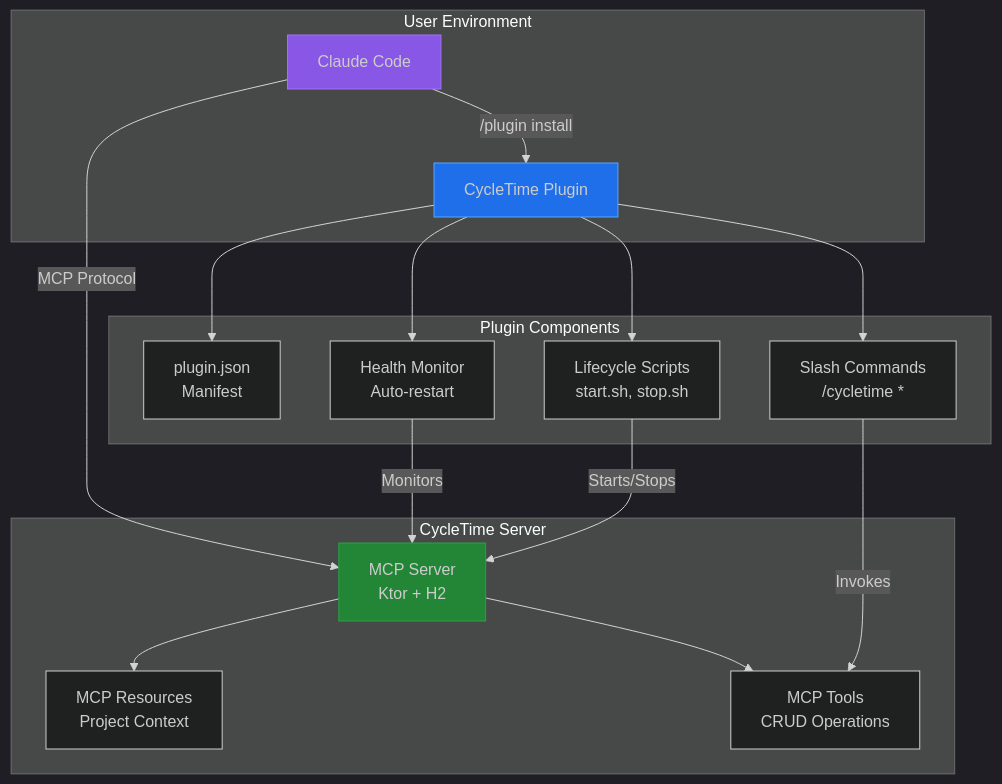
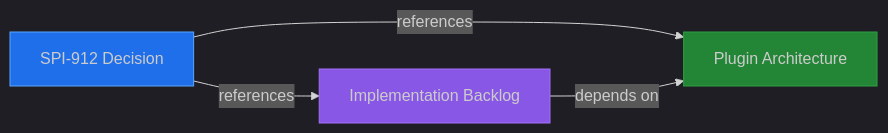
Before and after one commit to spiralhouse/cycletime: the diagram in docs/reference/SPI-912-plugin-repositioning-research-spike.md, drawn with Mermaid. The commit also changed other lines of this file and 3 other files, not shown here.

First line of the commit message:
docs(spi-912): restructure monolithic research spike into DAG architecture

````diff
--- a/docs/reference/SPI-912-plugin-repositioning-research-spike.md
+++ b/docs/reference/SPI-912-plugin-repositioning-research-spike.md
@@ -1425,39 +79,11 @@
 ```mermaid
 %%{init: {'theme':'dark'}}%%
-graph TB
-    subgraph "User Environment"
-        Claude[Claude Code]
-        Plugin[CycleTime Plugin]
-    end
+graph LR
+    A[SPI-912 Decision] -->|references| B[Plugin Architecture]
+    A -->|references| C[Implementation Backlog]
+    C -->|depends on| B
 
-    subgraph "Plugin Components"
-        Manifest[plugin.json<br/>Manifest]
-        Commands[Slash Commands<br/>/cycletime *]
-        Lifecycle[Lifecycle Scripts<br/>start.sh, stop.sh]
-        Health[Health Monitor<br/>Auto-restart]
-    end
-
-    subgraph "CycleTime Server"
-        MCP[MCP Server<br/>Ktor + H2]
-        Resources[MCP Resources<br/>Project Context]
-        Tools[MCP Tools<br/>CRUD Operations]
-    end
-
-    Claude -->|/plugin install| Plugin
-    Plugin --> Manifest
-    Plugin --> Commands
-    Plugin --> Lifecycle
-    Plugin --> Health
-
-    Lifecycle -->|Starts/Stops| MCP
-    Health -->|Monitors| MCP
-    Commands -->|Invokes| Tools
-
-    MCP --> Resources
-    MCP --> Tools
-    Claude -->|MCP Protocol| MCP
-
-    style Plugin fill:#1f6feb,stroke:#58a6ff
-    style MCP fill:#238636,stroke:#2ea043
-    style Claude fill:#8957e5,stroke:#a371f7
+    style A fill:#1f6feb,stroke:#58a6ff
+    style B fill:#238636,stroke:#2ea043
+    style C fill:#8957e5,stroke:#a371f7
 ```
````
